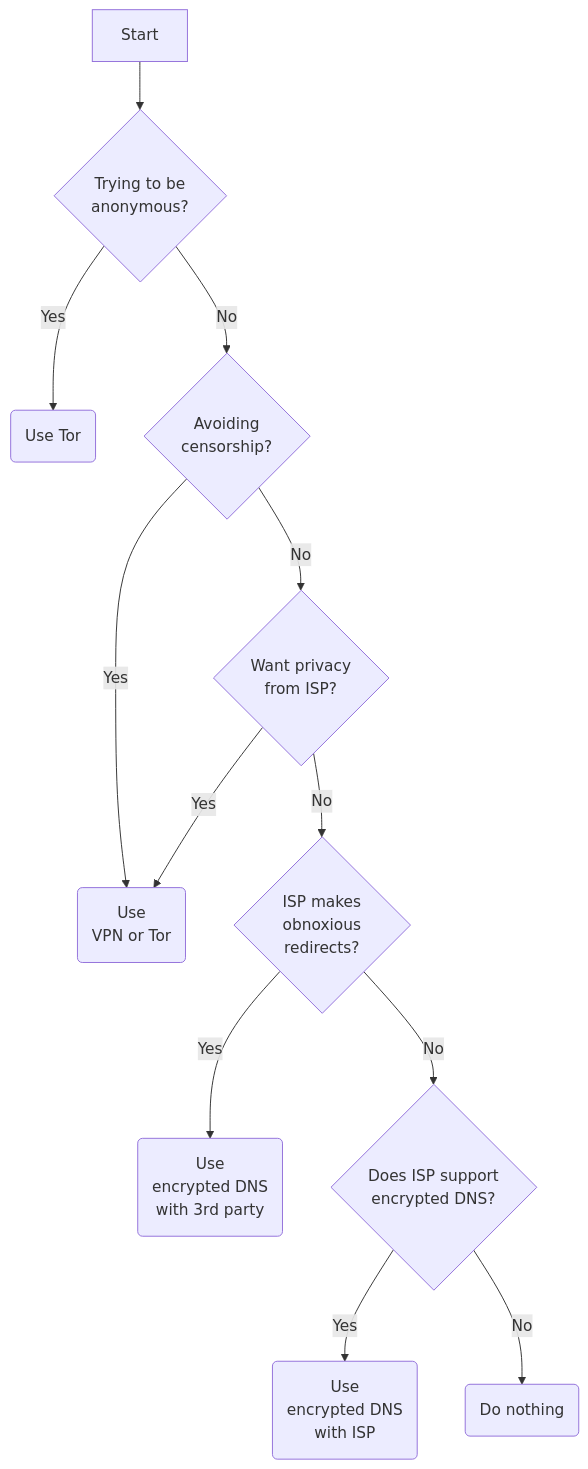
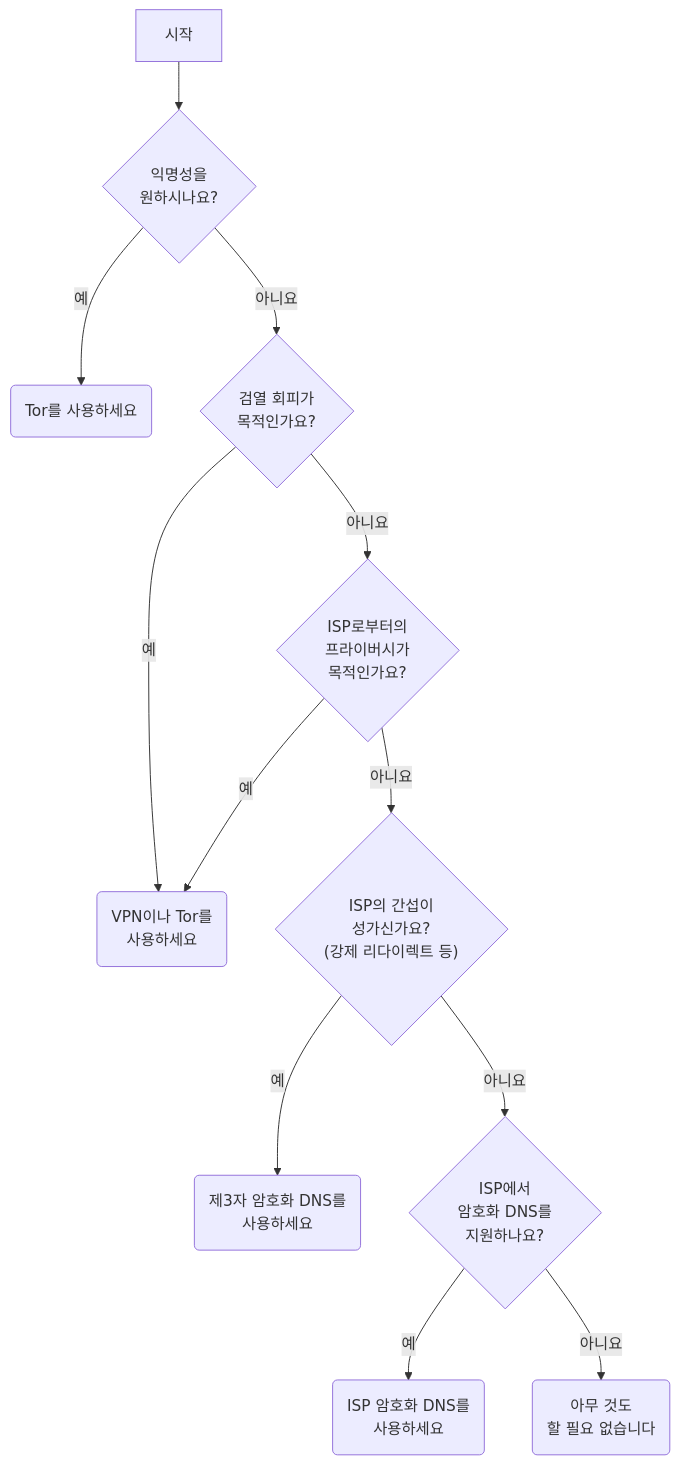
The diagram in i18n/ko/advanced/dns-overview.md (privacyguides/i18n), drawn with Mermaid before and after one commit. The commit also changed other lines of this file and 93 other files, not shown here.

````diff
--- a/i18n/ko/advanced/dns-overview.md
+++ b/i18n/ko/advanced/dns-overview.md
@@ -337,14 +337,14 @@
 ``` mermaid
 graph TB
-    Start[Start] --> anonymous{Trying to be<br> anonymous?}
-    anonymous--> | Yes | tor(Use Tor)
-    anonymous --> | No | censorship{Avoiding<br> censorship?}
-    censorship --> | Yes | vpnOrTor(Use<br> VPN or Tor)
-    censorship --> | No | privacy{Want privacy<br> from ISP?}
-    privacy --> | Yes | vpnOrTor
-    privacy --> | No | obnoxious{ISP makes<br> obnoxious<br> redirects?}
-    obnoxious --> | Yes | encryptedDNS(Use<br> encrypted DNS<br> with 3rd party)
-    obnoxious --> | No | ispDNS{Does ISP support<br> encrypted DNS?}
-    ispDNS --> | Yes | useISP(Use<br> encrypted DNS<br> with ISP)
-    ispDNS --> | No | nothing(Do nothing)
+    Start[시작] --> anonymous{익명성을<br>원하시나요?}
+    anonymous--> | 예 | tor(Tor를 사용하세요)
+    anonymous --> | 아니요 | censorship{검열 회피가<br>목적인가요?}
+    censorship --> | 예 | vpnOrTor(VPN이나 Tor를<br>사용하세요)
+    censorship --> | 아니요 | privacy{ISP로부터의<br>프라이버시가<br>목적인가요?}
+    privacy --> | 예 | vpnOrTor
+    privacy --> | 아니요 | obnoxious{"ISP의 간섭이<br>성가신가요?<br>(강제 리다이렉트 등)"}
+    obnoxious --> | 예 | encryptedDNS(제3자 암호화 DNS를<br>사용하세요)
+    obnoxious --> | 아니요 | ispDNS{ISP에서<br>암호화 DNS를<br>지원하나요?}
+    ispDNS --> | 예 | useISP(ISP 암호화 DNS를<br>사용하세요)
+    ispDNS --> | 아니요 | nothing(아무 것도<br>할 필요 없습니다)
 ```
````
